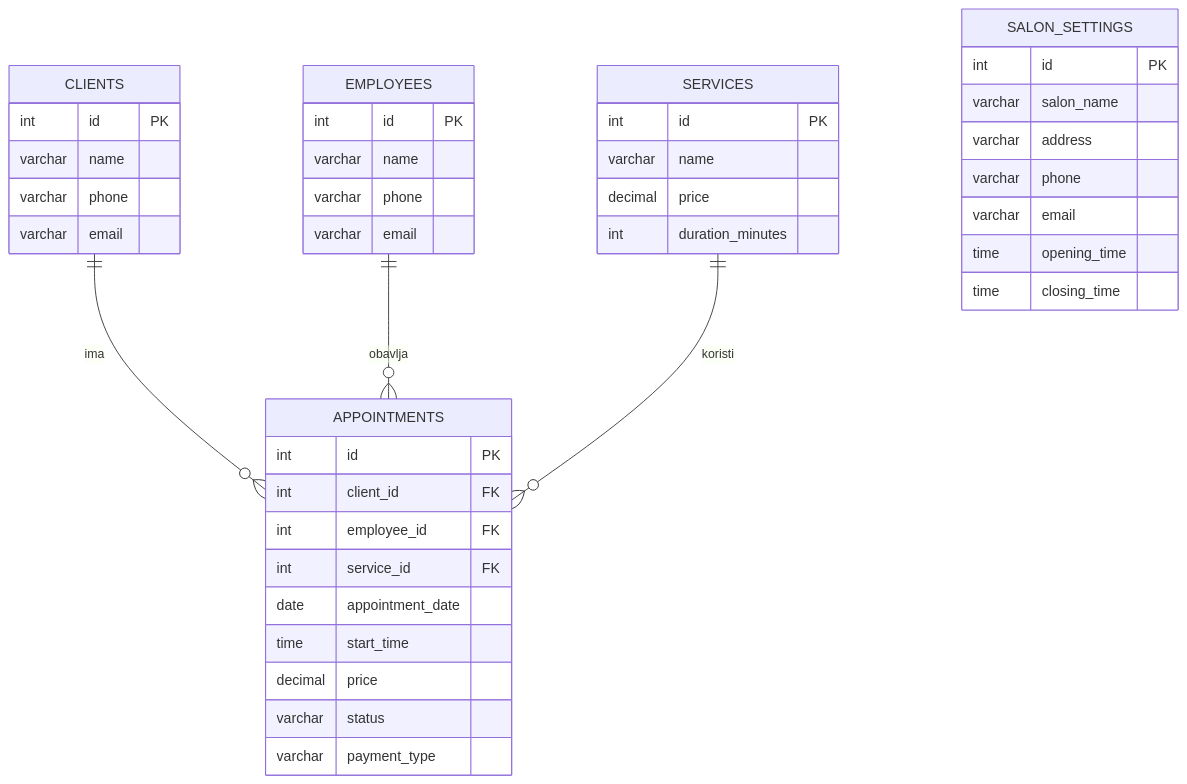
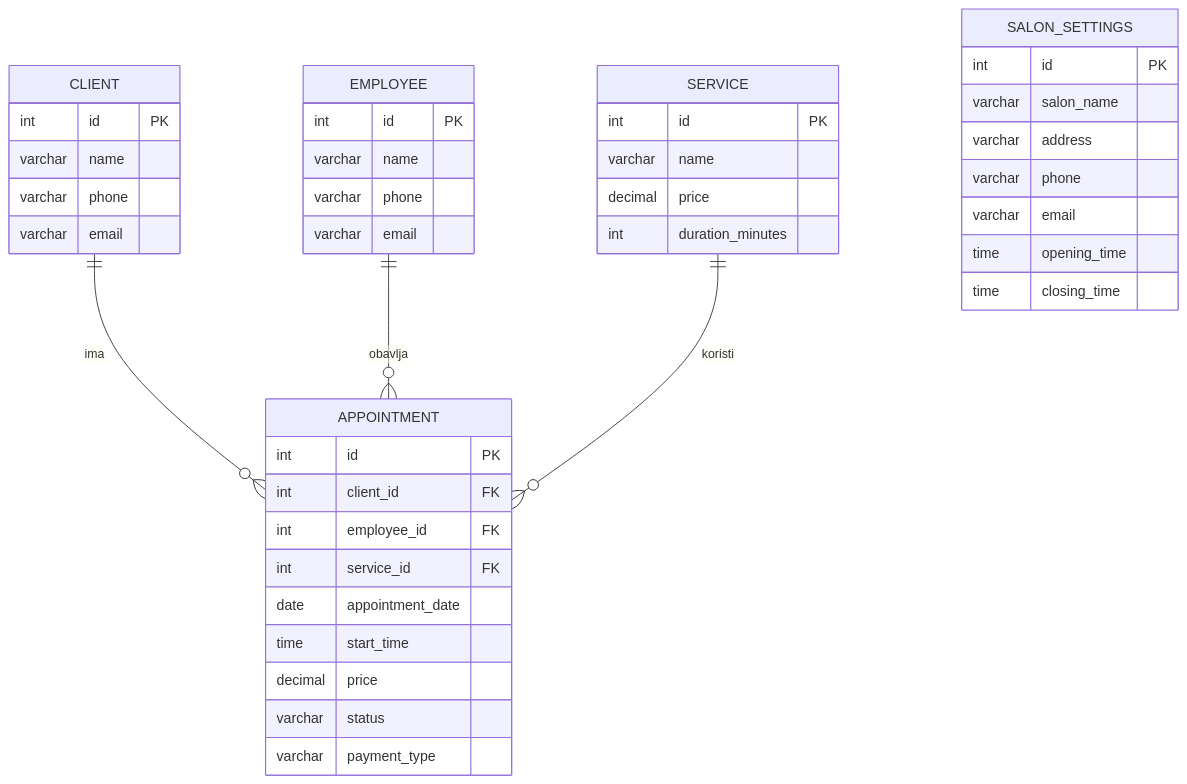
The diagram in docs/dijagrami/erd.mmd (LeaVojnovic/salon-manager), drawn with Mermaid before and after one commit. The commit also changed 6 other files, not shown here.

```diff
--- a/docs/dijagrami/erd.mmd
+++ b/docs/dijagrami/erd.mmd
@@ -1,42 +1,42 @@
 erDiagram
-    CLIENTS ||--o{ APPOINTMENTS : ima
-    EMPLOYEES ||--o{ APPOINTMENTS : obavlja
-    SERVICES ||--o{ APPOINTMENTS : koristi
-    CLIENTS {
+    CLIENT ||--o{ APPOINTMENT : ima
+    EMPLOYEE ||--o{ APPOINTMENT : obavlja
+    SERVICE ||--o{ APPOINTMENT : koristi
+    CLIENT {
         int id PK
         varchar name
         varchar phone
         varchar email
     }
-    EMPLOYEES {
+    EMPLOYEE {
         int id PK
         varchar name
         varchar phone
         varchar email
     }
-    SERVICES {
+    SERVICE {
         int id PK
         varchar name
         decimal price
         int duration_minutes
     }
-    APPOINTMENTS {
+    APPOINTMENT {
         int id PK
         int client_id FK
         int employee_id FK
         int service_id FK
         date appointment_date
         time start_time
         decimal price
         varchar status
         varchar payment_type
     }
     SALON_SETTINGS {
         int id PK
         varchar salon_name
         varchar address
         varchar phone
         varchar email
         time opening_time
         time closing_time
     }
```
